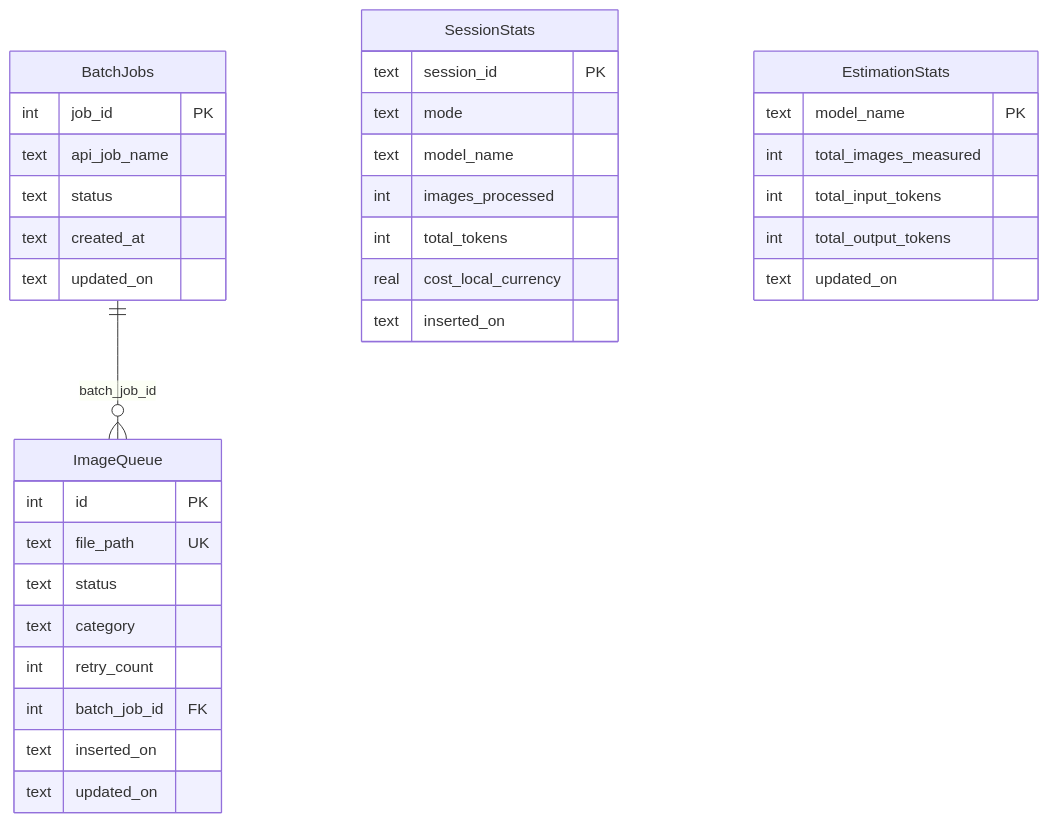
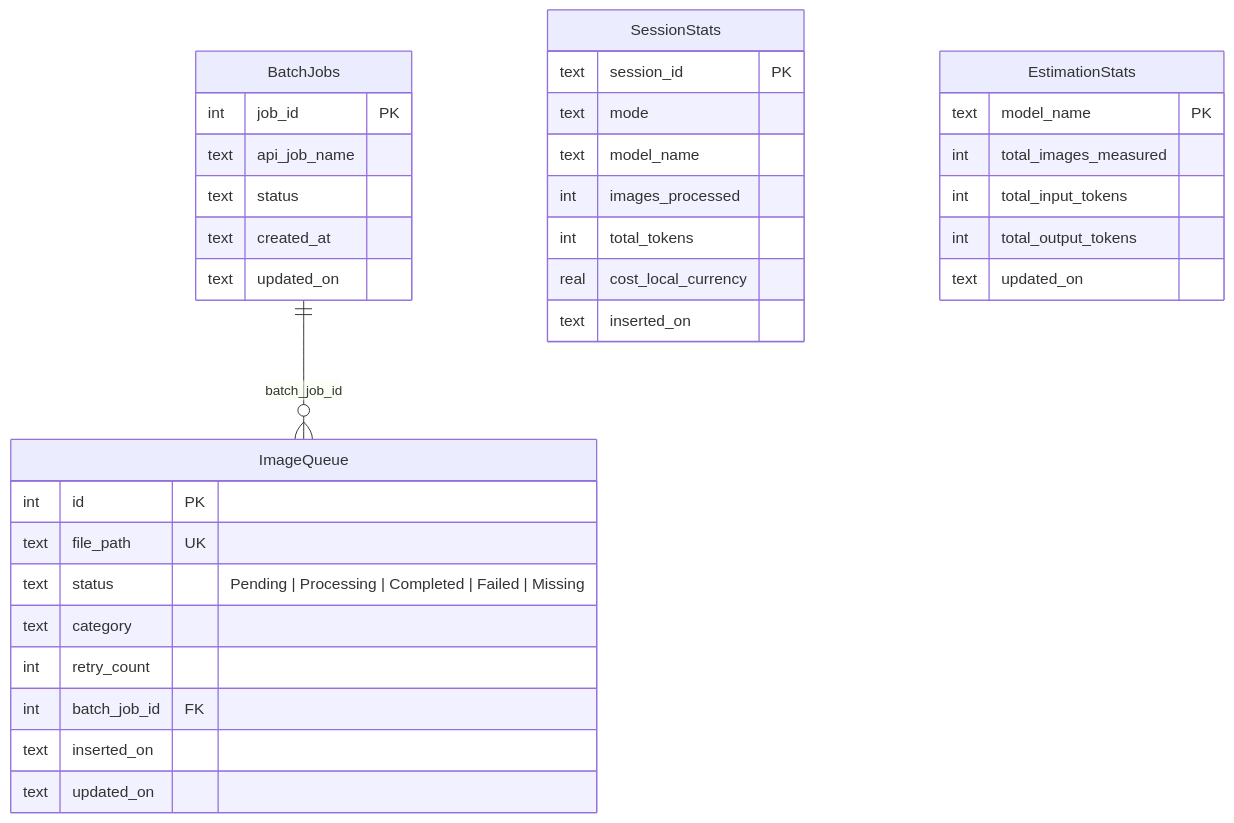
Before and after one commit to jadia/whatsapp_images_sort: the fourth of 4 diagrams in docs/architecture.md, drawn with Mermaid. The commit also changed other lines of this file and 9 other files, not shown here.

````diff
--- a/docs/architecture.md
+++ b/docs/architecture.md
@@ -182,41 +182,41 @@
 ```mermaid
 erDiagram
     ImageQueue {
         int id PK
         text file_path UK
-        text status
+        text status "Pending | Processing | Completed | Failed | Missing"
         text category
         int retry_count
         int batch_job_id FK
         text inserted_on
         text updated_on
     }
 
     BatchJobs {
         int job_id PK
         text api_job_name
         text status
         text created_at
         text updated_on
     }
 
     SessionStats {
         text session_id PK
         text mode
         text model_name
         int images_processed
         int total_tokens
         real cost_local_currency
         text inserted_on
     }
 
     EstimationStats {
         text model_name PK
         int total_images_measured
         int total_input_tokens
         int total_output_tokens
         text updated_on
     }
 
     BatchJobs ||--o{ ImageQueue : "batch_job_id"
 ```
````
